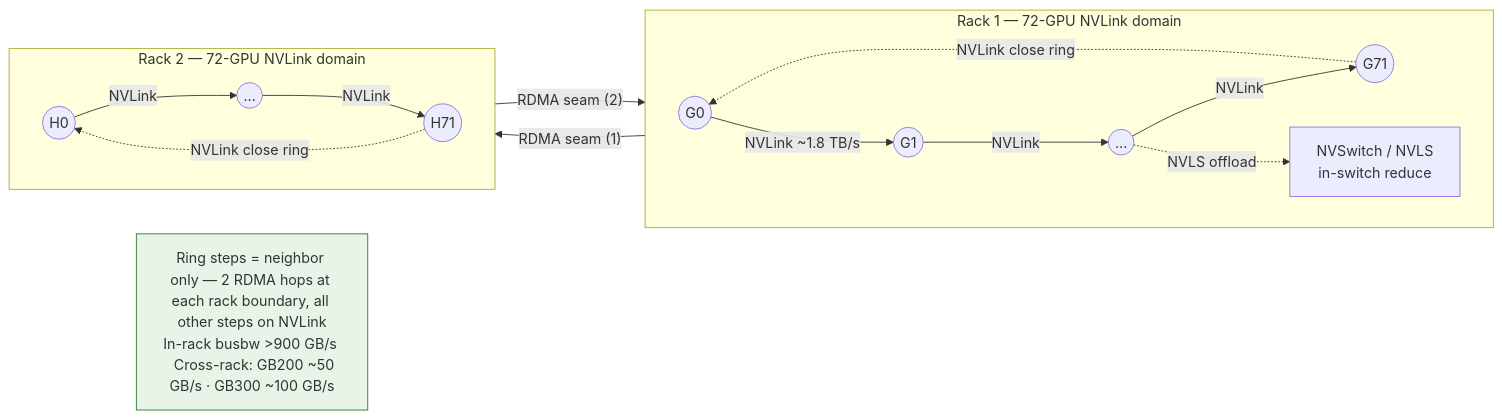
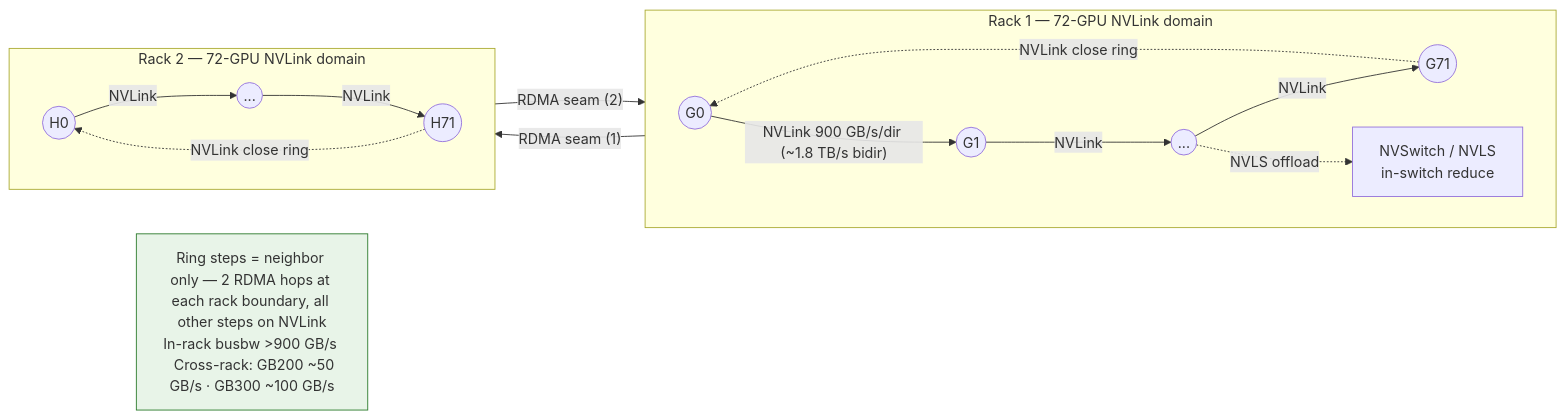
Before and after one commit to dfwguy/validation: the seventh of 11 diagrams in nvl72.md, drawn with Mermaid. The commit also changed other lines of this file, not shown here.

First line of the commit message:
Clarify C2C vs NVLink bandwidth framing and measurement provenance

````diff
--- a/nvl72.md
+++ b/nvl72.md
@@ -453,22 +455,22 @@
 ```mermaid
 flowchart LR
     subgraph RACK1["Rack 1 — 72-GPU NVLink domain"]
         direction LR
-        G0(("G0")) -->|"NVLink ~1.8 TB/s"| G1(("G1"))
+        G0(("G0")) -->|"NVLink 900 GB/s/dir (~1.8 TB/s bidir)"| G1(("G1"))
         G1 -->|"NVLink"| GDOT(("..."))
         GDOT -->|"NVLink"| G71(("G71"))
         G71 -.->|"NVLink close ring"| G0
         NVS["NVSwitch / NVLS<br/>in-switch reduce"]
         GDOT -. "NVLS offload" .-> NVS
     end
     subgraph RACK2["Rack 2 — 72-GPU NVLink domain"]
         direction LR
         H0(("H0")) -->|"NVLink"| HDOT(("..."))
         HDOT -->|"NVLink"| H71(("H71"))
         H71 -.->|"NVLink close ring"| H0
     end
     G71 -->|"RDMA seam (1)"| H0
     H71 -->|"RDMA seam (2)"| G0
     BWKEY["Ring steps = neighbor only — 2 RDMA hops at each rack boundary, all other steps on NVLink<br/>In-rack busbw >900 GB/s   Cross-rack: GB200 ~50 GB/s · GB300 ~100 GB/s"]
     style BWKEY fill:#e8f4e8,stroke:#2a7a2a
 ```
````
